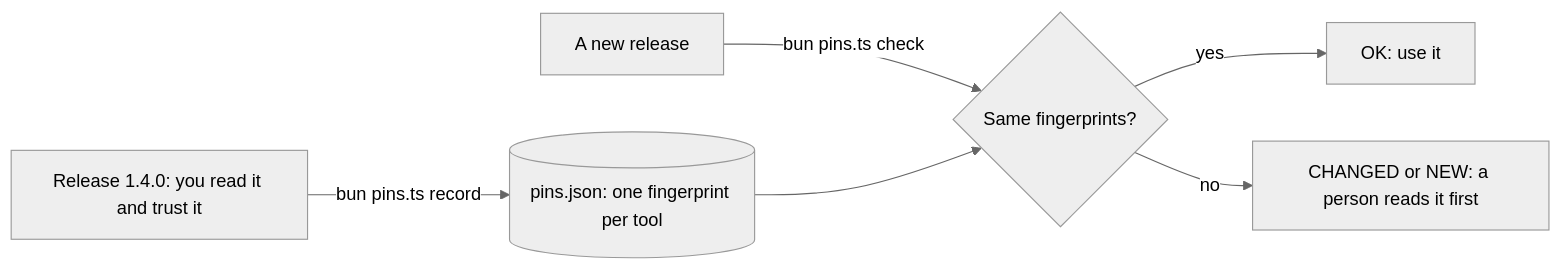
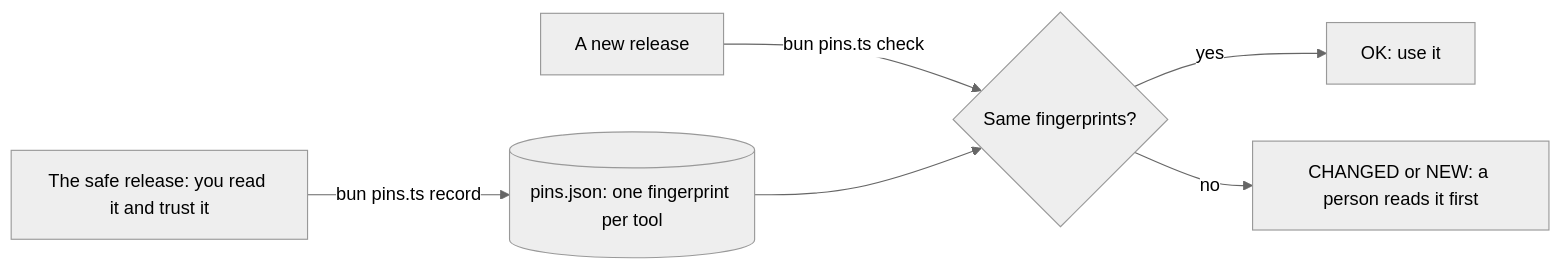
One commit to learnwithparam/mcp-workshop changed the diagram in parts/04-defend-and-ship/01-pin-third-party-tools/problem/README.md. Above: the diagram before and after it, drawn with Mermaid (neutral theme). The commit also changed other lines of this file and 81 other files, not shown here.

````diff
--- a/parts/04-defend-and-ship/01-pin-third-party-tools/problem/README.md
+++ b/parts/04-defend-and-ship/01-pin-third-party-tools/problem/README.md
@@ -19,8 +19,8 @@
 ```mermaid
 flowchart LR
-  R1[Release 1.4.0: you read it and trust it] -- "bun pins.ts record" --> P[(pins.json: one fingerprint per tool)]
+  R1[The safe release: you read it and trust it] -- "bun pins.ts record" --> P[(pins.json: one fingerprint per tool)]
   R2[A new release] -- "bun pins.ts check" --> C{Same fingerprints?}
   P --> C
   C -- yes --> OK[OK: use it]
   C -- no --> STOP[CHANGED or NEW: a person reads it first]
 ```
````
